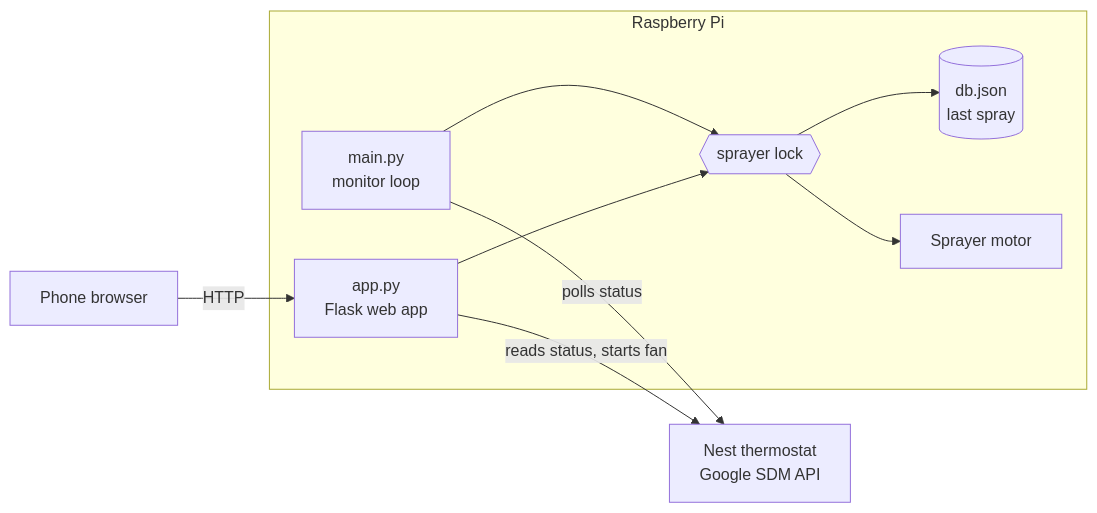
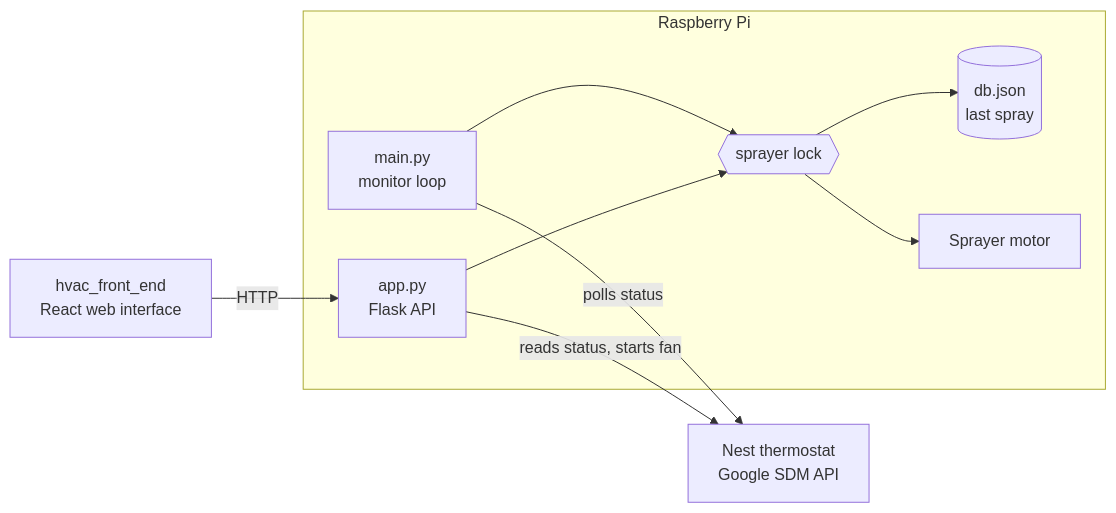
One commit to kcmodev/pi_hvac_controller changed the diagram in README.md. Above: the diagram before and after it, drawn with Mermaid. The commit also changed other lines of this file and 9 other files, not shown here.

````diff
--- a/README.md
+++ b/README.md
@@ -11,21 +11,21 @@
 ```mermaid
 flowchart LR
     Nest[Nest thermostat<br/>Google SDM API]
-    Phone[Phone browser]
+    Frontend[hvac_front_end<br/>React web interface]
 
     subgraph Pi[Raspberry Pi]
         Monitor[main.py<br/>monitor loop]
-        Web[app.py<br/>Flask web app]
+        Web[app.py<br/>Flask API]
         Lock{{sprayer lock}}
         DB[(db.json<br/>last spray)]
         Motor[Sprayer motor]
     end
 
     Monitor -- polls status --> Nest
     Web -- reads status, starts fan --> Nest
-    Phone -- HTTP --> Web
+    Frontend -- HTTP --> Web
     Monitor --> Lock
     Web --> Lock
     Lock --> Motor
     Lock --> DB
 ```
````
